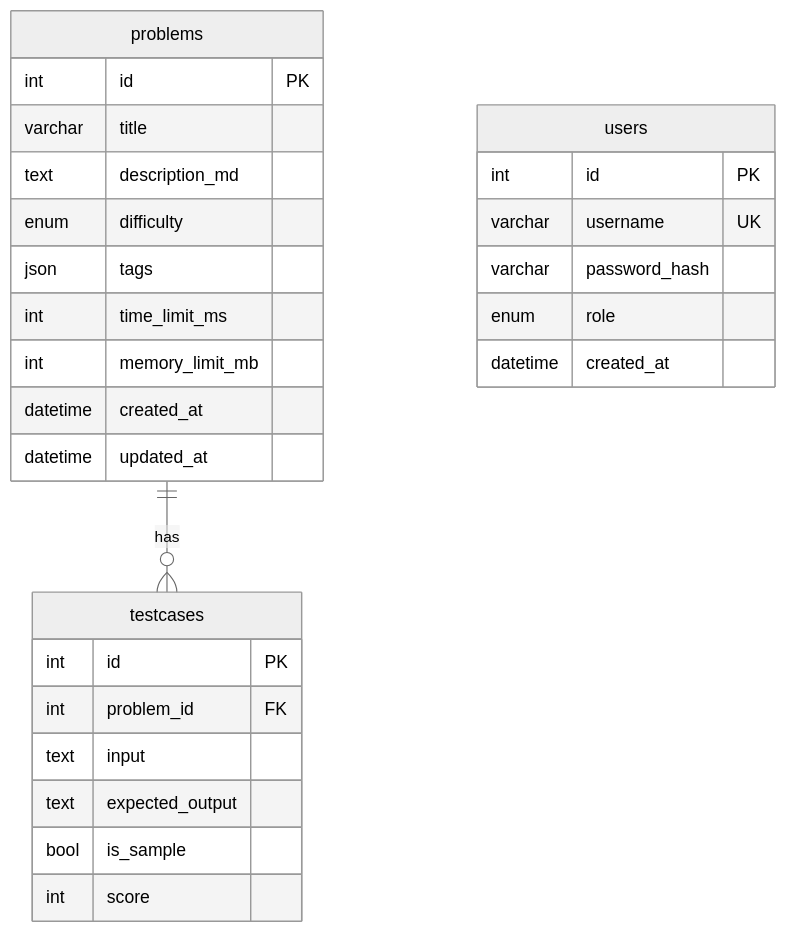
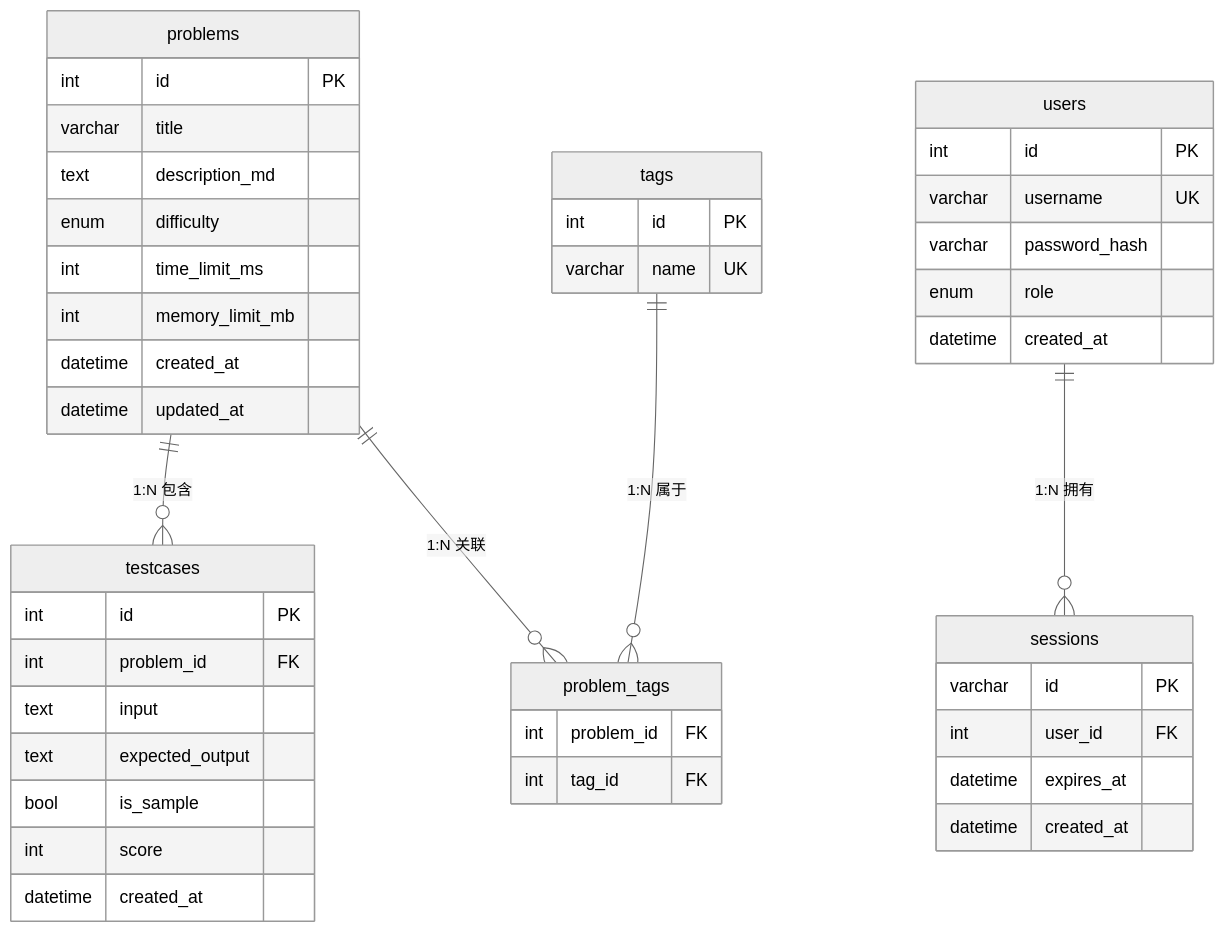
One commit to genius-pei/oj-vibe_coding changed the third of 4 diagrams in SPEC.md. Above: the diagram before and after it, drawn with Mermaid (neutral theme). The commit also changed other lines of this file, not shown here.

````diff
--- a/SPEC.md
+++ b/SPEC.md
@@ -132,33 +134,53 @@
 ```mermaid
 erDiagram
-    problems ||--o{ testcases : has
+    problems ||--o{ testcases    : "1:N 包含"
+    problems ||--o{ problem_tags : "1:N 关联"
+    tags     ||--o{ problem_tags : "1:N 属于"
+    users    ||--o{ sessions     : "1:N 拥有"
 
     problems {
         int id PK
         varchar title
         text description_md
         enum difficulty
-        json tags
         int time_limit_ms
         int memory_limit_mb
         datetime created_at
         datetime updated_at
     }
 
     testcases {
         int id PK
         int problem_id FK
         text input
         text expected_output
         bool is_sample
         int score
+        datetime created_at
+    }
+
+    tags {
+        int id PK
+        varchar name UK
+    }
+
+    problem_tags {
+        int problem_id FK
+        int tag_id FK
     }
 
     users {
         int id PK
         varchar username UK
         varchar password_hash
         enum role
         datetime created_at
     }
+
+    sessions {
+        varchar id PK
+        int user_id FK
+        datetime expires_at
+        datetime created_at
+    }
 ```
````
